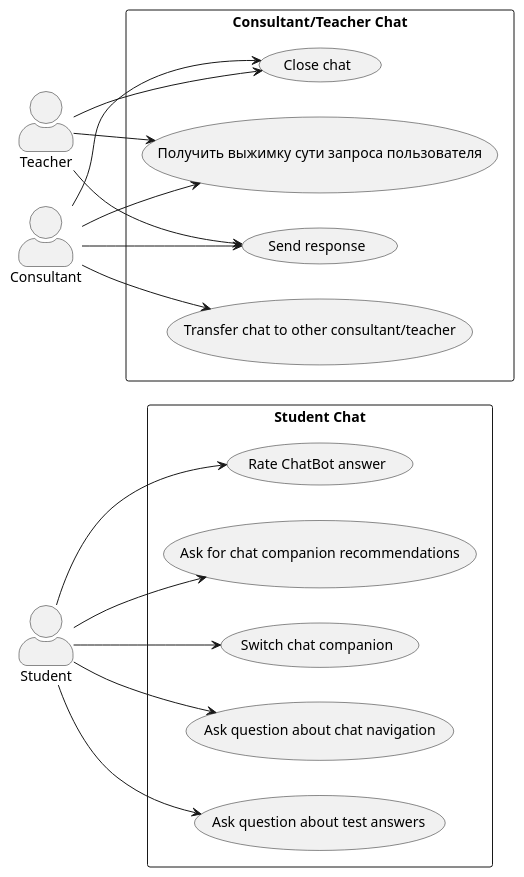
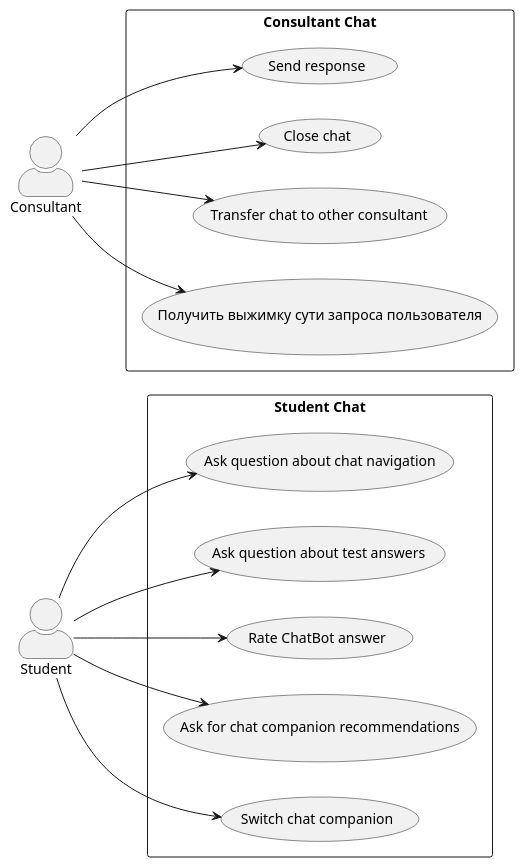
The diagram in diagrams/plantuml/usages.plantuml (team8-2025-2026/AiAgents), drawn with PlantUML before and after one commit. The commit also changed 9 other files, not shown here.

```diff
--- a/diagrams/plantuml/usages.plantuml
+++ b/diagrams/plantuml/usages.plantuml
@@ -1,38 +1,33 @@
 @startuml
 left to right direction
 skinparam actorStyle awesome
 
 actor Student
-actor Teacher
 actor Consultant
 
 rectangle "Student Chat" {
   usecase "Ask question about chat navigation" as UC1
   usecase "Ask question about test answers" as UC2
   usecase "Rate ChatBot answer" as UC3
   usecase "Ask for chat companion recommendations" as UC4
   usecase "Switch chat companion" as UC5
 }
 
-rectangle "Consultant/Teacher Chat" {
+rectangle "Consultant Chat" {
   usecase "Send response" as UC21
   usecase "Close chat" as UC22
-  usecase "Transfer chat to other consultant/teacher" as UC23
+  usecase "Transfer chat to other consultant" as UC23
   usecase "Получить выжимку сути запроса пользователя" as UC24
 }
 
 Student --> UC1
 Student --> UC2
 Student --> UC3
 Student --> UC4
 Student --> UC5
 
 Consultant --> UC21
 Consultant --> UC22
 Consultant --> UC23
 Consultant --> UC24
-
-Teacher --> UC21
-Teacher --> UC22
-Teacher --> UC24
 @enduml
```
